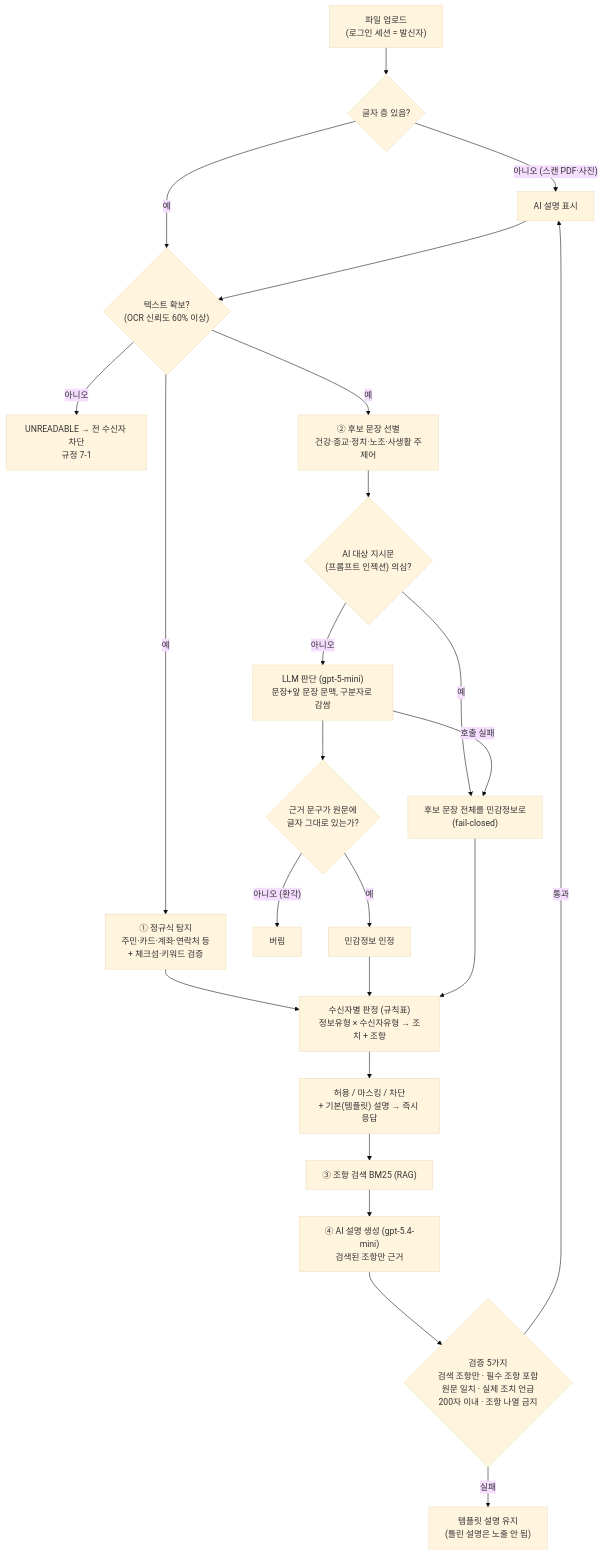
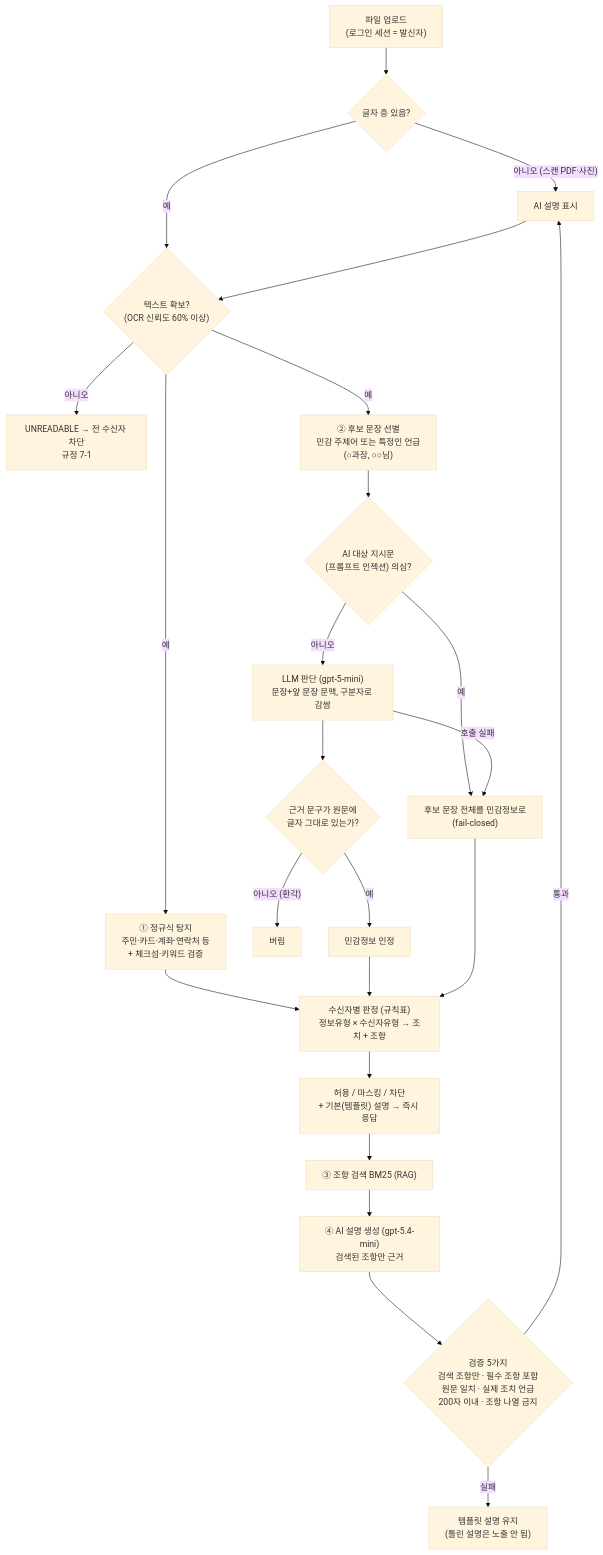
Before and after one commit to jutopia03/safedrop: the second of 3 diagrams in docs/architecture.md, drawn with Mermaid (base theme). The commit also changed 5 other files, not shown here.

First line of the commit message:
AI 후보 문장 기준 변경: 주제어 또는 특정인 언급 (s02 후보 탈락 대응)

````diff
--- a/docs/architecture.md
+++ b/docs/architecture.md
@@ -81,26 +81,26 @@
 ```mermaid
 flowchart TD
   A["파일 업로드<br/>(로그인 세션 = 발신자)"] --> A2{"글자 층 있음?"}
   A2 -- "아니오 (스캔 PDF·사진)" --> O["OCR (Tesseract 한국어)<br/>잡티 제거·이진화"]
   A2 -- "예" --> B
   O --> B{"텍스트 확보?<br/>(OCR 신뢰도 60% 이상)"}
   B -- "아니오" --> X["UNREADABLE → 전 수신자 차단<br/>규정 7-1"]
   B -- "예" --> C["① 정규식 탐지<br/>주민·카드·계좌·연락처 등<br/>+ 체크섬·키워드 검증"]
-  B -- "예" --> D["② 후보 문장 선별<br/>건강·종교·정치·노조·사생활 주제어"]
+  B -- "예" --> D["② 후보 문장 선별<br/>민감 주제어 또는 특정인 언급<br/>(○과장, ○○님)"]
   D --> I{"AI 대상 지시문<br/>(프롬프트 인젝션) 의심?"}
   I -- "예" --> F["후보 문장 전체를 민감정보로<br/>(fail-closed)"]
   I -- "아니오" --> E["LLM 판단 (gpt-5-mini)<br/>문장+앞 문장 문맥, 구분자로 감쌈"]
   E --> G{"근거 문구가 원문에<br/>글자 그대로 있는가?"}
   G -- "아니오 (환각)" --> G2["버림"]
   G -- "예" --> H["민감정보 인정"]
   E -- "호출 실패" --> F
   C --> J["수신자별 판정 (규칙표)<br/>정보유형 × 수신자유형 → 조치 + 조항"]
   H --> J
   F --> J
   J --> K["허용 / 마스킹 / 차단<br/>+ 기본(템플릿) 설명 → 즉시 응답"]
   K --> L["③ 조항 검색 BM25 (RAG)"]
   L --> M["④ AI 설명 생성 (gpt-5.4-mini)<br/>검색된 조항만 근거"]
   M --> N{"검증 5가지<br/>검색 조항만 · 필수 조항 포함<br/>원문 일치 · 실제 조치 언급<br/>200자 이내 · 조항 나열 금지"}
   N -- "통과" --> O["AI 설명 표시"]
   N -- "실패" --> P["템플릿 설명 유지<br/>(틀린 설명은 노출 안 됨)"]
 ```
````
